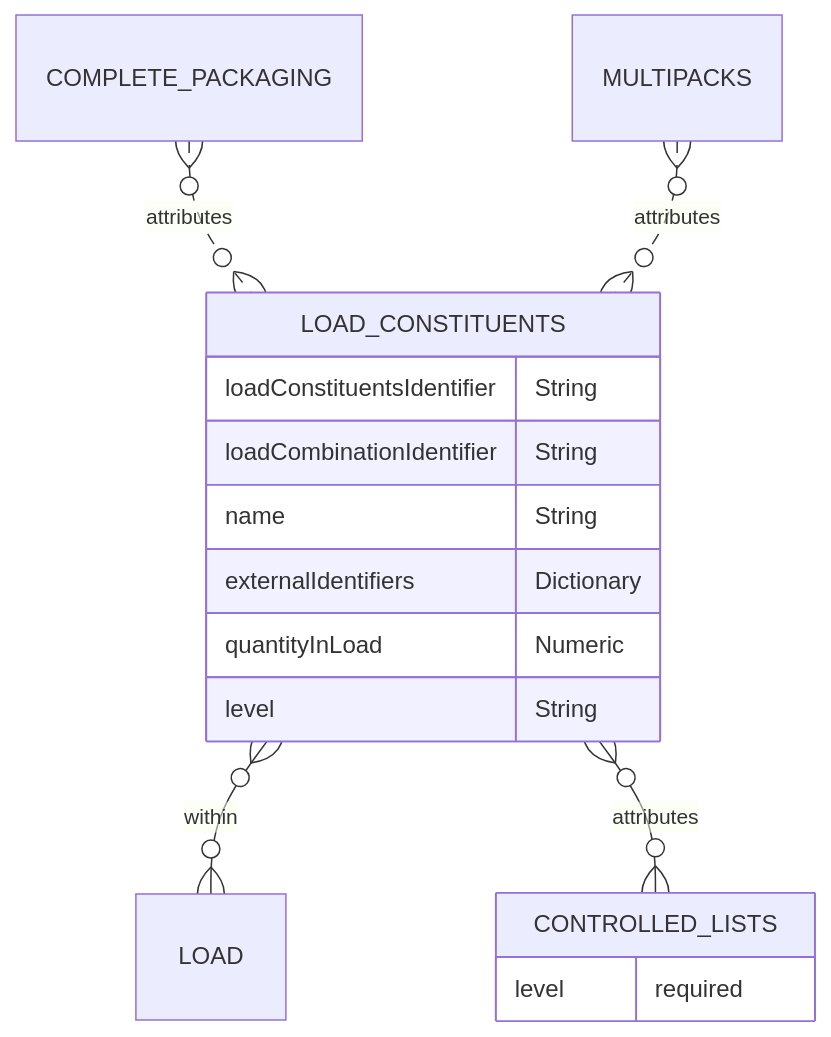
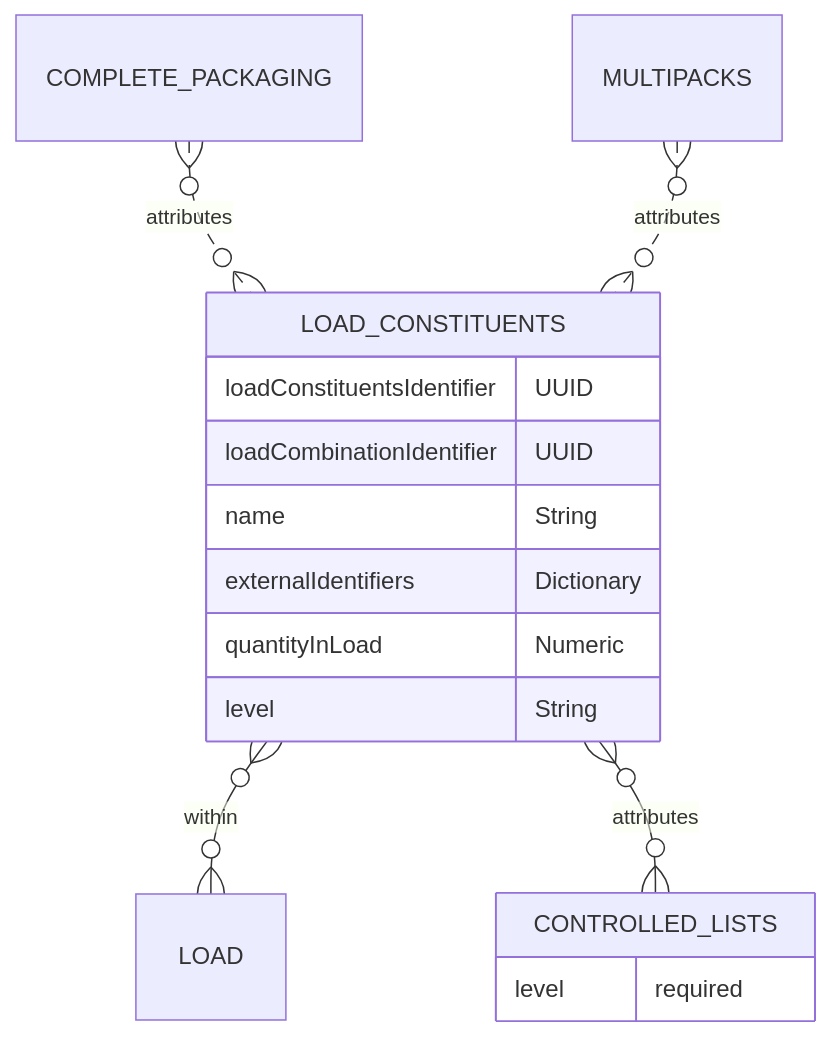
Before and after one commit to OpenDataManchester/Open3P: the diagram in docs/6_Relationship_Lists/6_011_Load_Constituents.md, drawn with Mermaid. The commit also changed other lines of this file, not shown here.

Commit message:
Load Constituents to UUID from string

````diff
--- a/docs/6_Relationship_Lists/6_011_Load_Constituents.md
+++ b/docs/6_Relationship_Lists/6_011_Load_Constituents.md
@@ -22,18 +22,18 @@
 ``` mermaid
 erDiagram
   COMPLETE_PACKAGING }o..o{ LOAD_CONSTITUENTS : attributes
   MULTIPACKS }o..o{ LOAD_CONSTITUENTS : attributes
   LOAD_CONSTITUENTS {
-    loadConstituentsIdentifier String
-    loadCombinationIdentifier String
+    loadConstituentsIdentifier UUID
+    loadCombinationIdentifier UUID
     name String
     externalIdentifiers Dictionary
     quantityInLoad Numeric
     level String
   }
   LOAD_CONSTITUENTS }o--o{ LOAD : within
   LOAD_CONSTITUENTS }o--o{ CONTROLLED_LISTS : attributes
   CONTROLLED_LISTS {
     level required
   }
 ```
````
